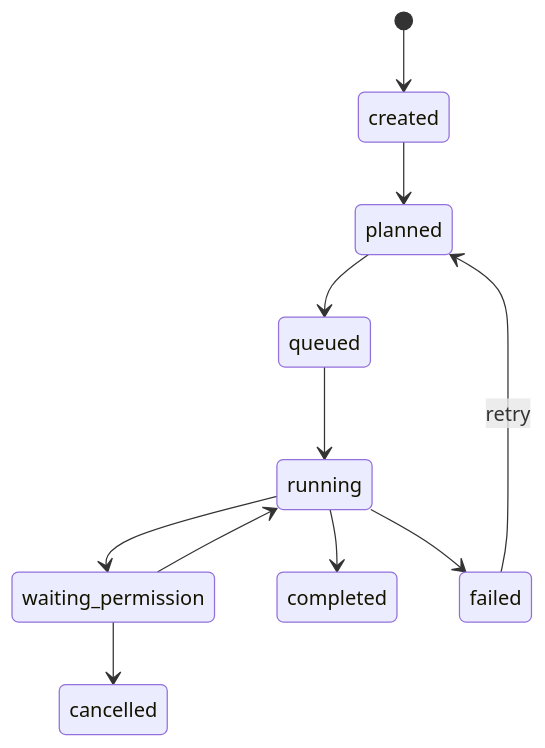
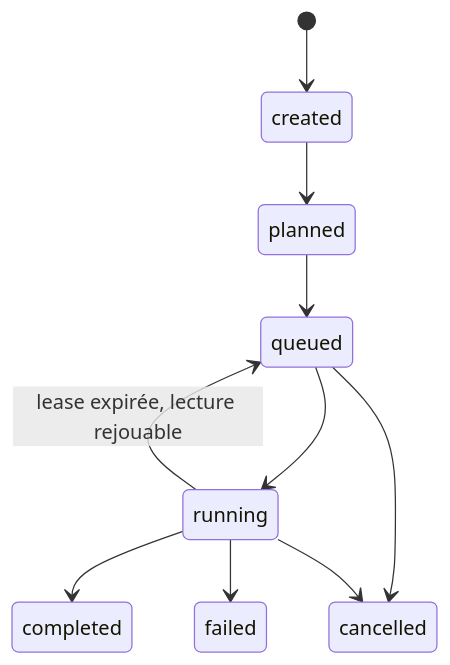
One commit to ales27pm/swarmer changed the first of 2 diagrams in docs/07-agent-swarm-protocol.md. Above: the diagram before and after it, drawn with Mermaid. The commit also changed other lines of this file and 8 other files, not shown here.

````diff
--- a/docs/07-agent-swarm-protocol.md
+++ b/docs/07-agent-swarm-protocol.md
@@ -66,13 +106,12 @@
 ```mermaid
 stateDiagram-v2
   [*] --> created
   created --> planned
   planned --> queued
   queued --> running
-  running --> waiting_permission
-  waiting_permission --> running
+  running --> queued: lease expirée, lecture rejouable
   running --> completed
   running --> failed
-  waiting_permission --> cancelled
-  failed --> planned: retry
+  queued --> cancelled
+  running --> cancelled
 ```
````
